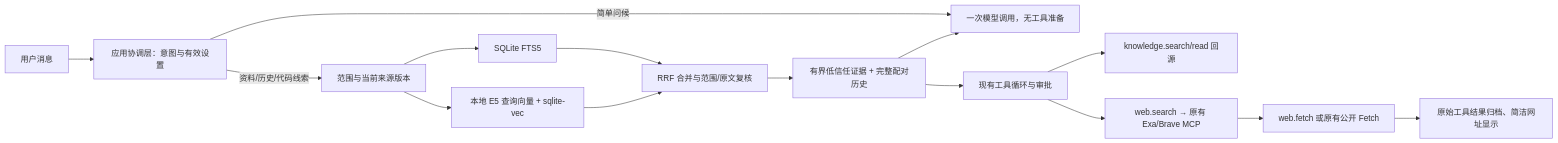
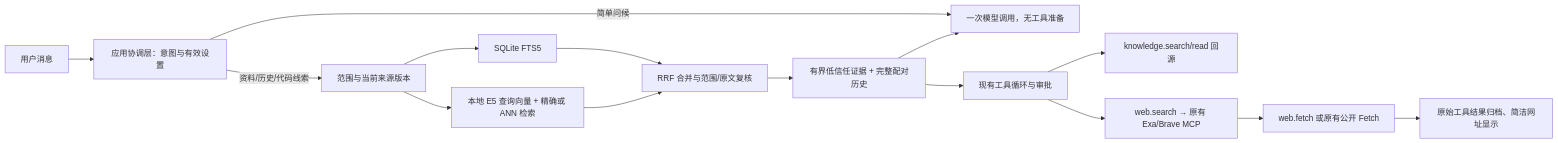
Before and after one commit to jinpeng900/KYNXA: the diagram in docs/architecture/retrieval.md, drawn with Mermaid. The commit also changed other lines of this file and 117 other files, not shown here.

````diff
--- a/docs/architecture/retrieval.md
+++ b/docs/architecture/retrieval.md
@@ -15,17 +102,17 @@
 ```mermaid
 flowchart LR
   U[用户消息] --> R[应用协调层：意图与有效设置]
   R -->|简单问候| M[一次模型调用，无工具准备]
   R -->|资料/历史/代码线索| S[范围与当前来源版本]
   S --> F[SQLite FTS5]
-  S --> V[本地 E5 查询向量 + sqlite-vec]
+  S --> V[本地 E5 查询向量 + 精确或 ANN 检索]
   F --> C[RRF 合并与范围/原文复核]
   V --> C
   C --> P[有界低信任证据 + 完整配对历史]
   P --> M
   P --> T[现有工具循环与审批]
   T --> K[knowledge.search/read 回源]
   T --> W[web.search → 原有 Exa/Brave MCP]
   W --> H[web.fetch 或原有公开 Fetch]
   H --> A[原始工具结果归档、简洁网址显示]
 ```
````
